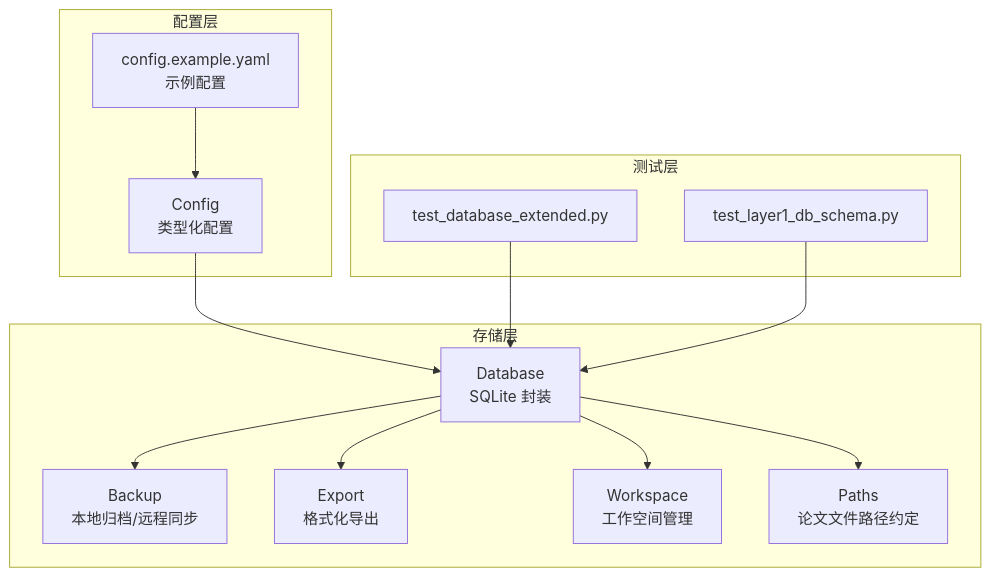
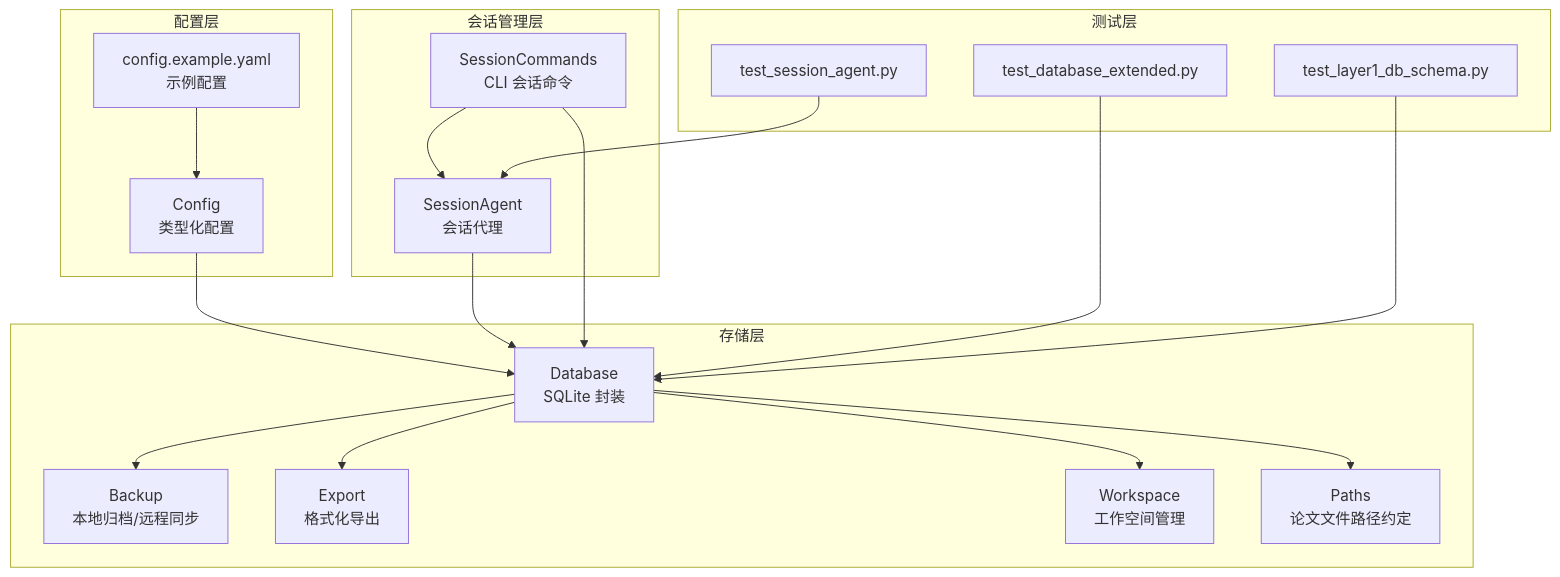
The first of 8 diagrams in .qoder/repowiki/zh/content/核心模块详解/存储管理系统/数据库管理.md (UynajGI/drbrain), drawn with Mermaid before and after one commit. The commit also changed other lines of this file and 6 other files, not shown here.

````diff
--- a/.qoder/repowiki/zh/content/核心模块详解/存储管理系统/数据库管理.md
+++ b/.qoder/repowiki/zh/content/核心模块详解/存储管理系统/数据库管理.md
@@ -47,26 +62,35 @@
 ```mermaid
 graph TB
 subgraph "存储层"
 DB["Database<br/>SQLite 封装"]
 BK["Backup<br/>本地归档/远程同步"]
 EX["Export<br/>格式化导出"]
 WS["Workspace<br/>工作空间管理"]
 PT["Paths<br/>论文文件路径约定"]
 end
+subgraph "会话管理层"
+SA["SessionAgent<br/>会话代理"]
+SC["SessionCommands<br/>CLI 会话命令"]
+end
 subgraph "配置层"
 CFG["Config<br/>类型化配置"]
 YAML["config.example.yaml<br/>示例配置"]
 end
 subgraph "测试层"
 T1["test_database_extended.py"]
 T2["test_layer1_db_schema.py"]
+T3["test_session_agent.py"]
 end
 CFG --> DB
 YAML --> CFG
 DB --> EX
 DB --> BK
 DB --> WS
 DB --> PT
+SA --> DB
+SC --> SA
+SC --> DB
 T1 --> DB
 T2 --> DB
+T3 --> SA
 ```
````
